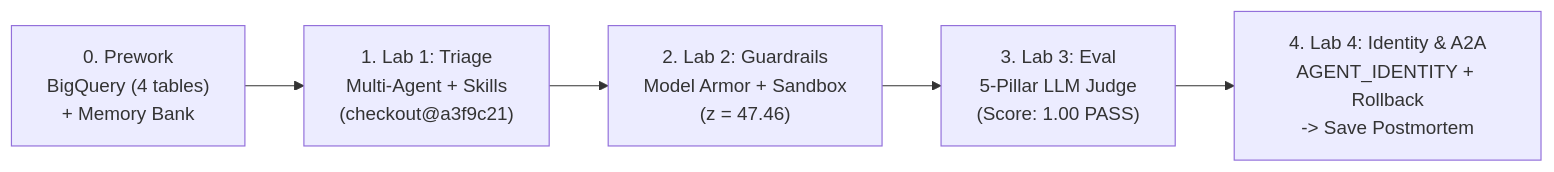
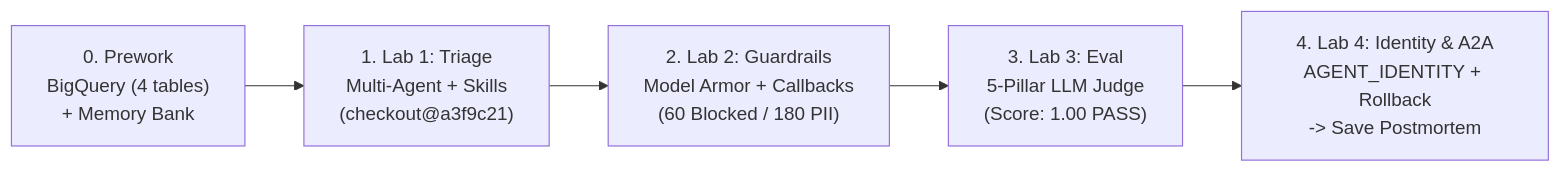
Before and after one commit to kanchpat/sre-agent: the diagram in README.md, drawn with Mermaid. The commit also changed other lines of this file and 13 other files, not shown here.

Commit message:
Remove Sandbox from Lab 2 and clarify Model Armor Input -> Verdict -> Output

````diff
--- a/README.md
+++ b/README.md
@@ -95,7 +95,7 @@
 ```mermaid
 flowchart LR
     Pre["0. Prework\nBigQuery (4 tables)\n+ Memory Bank"] --> L1["1. Lab 1: Triage\nMulti-Agent + Skills\n(checkout@a3f9c21)"]
-    L1 --> L2["2. Lab 2: Guardrails\nModel Armor + Sandbox\n(z = 47.46)"]
+    L1 --> L2["2. Lab 2: Guardrails\nModel Armor + Callbacks\n(60 Blocked / 180 PII)"]
     L2 --> L3["3. Lab 3: Eval\n5-Pillar LLM Judge\n(Score: 1.00 PASS)"]
     L3 --> L4["4. Lab 4: Identity & A2A\nAGENT_IDENTITY + Rollback\n-> Save Postmortem"]
 ```
````
